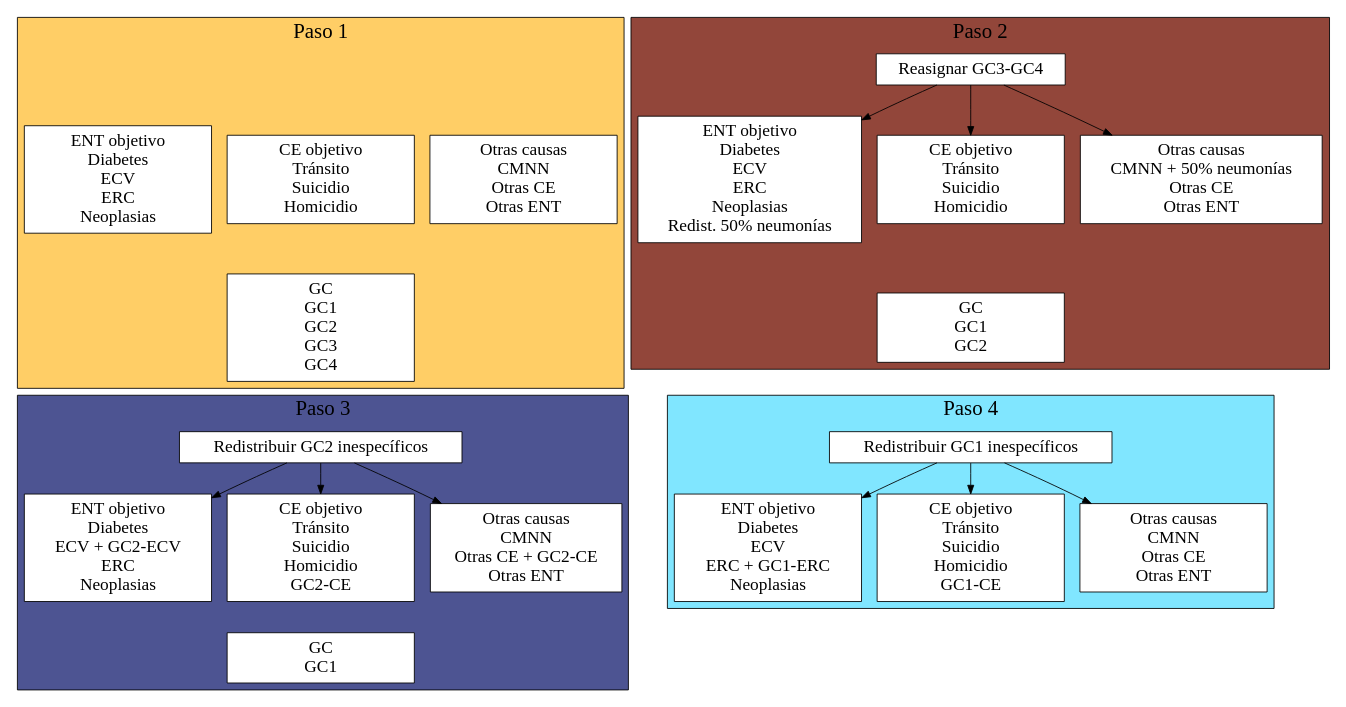
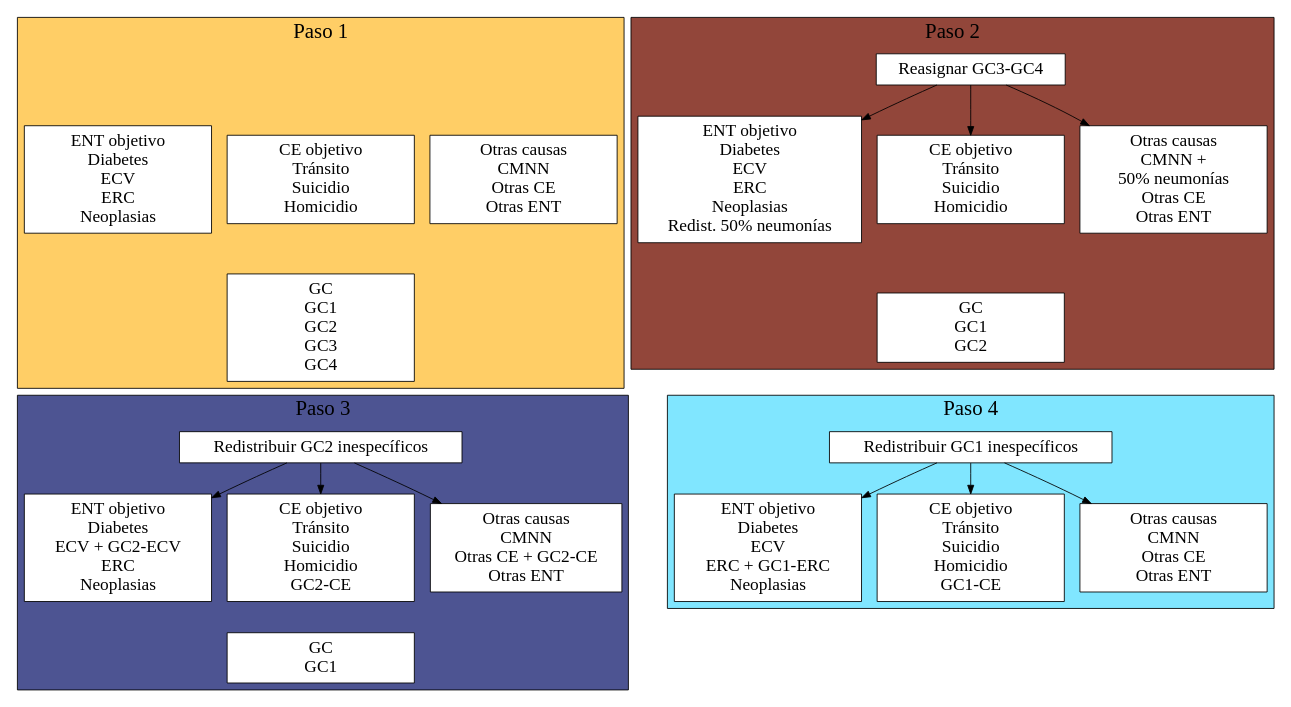
One commit to datos-ine/recod_GC changed the diagram in fig1.qmd. Above: the diagram before and after it, drawn with Graphviz. The commit also changed 2 other files, not shown here.

Commit message:
Update 27-05-2026

````diff
--- a/fig1.qmd
+++ b/fig1.qmd
@@ -7,71 +7,71 @@
 ```{dot}
 digraph G {
     graph[
         fontsize=24
         style = filled
         center=false
     ]
 
     node[
         shape = rectangle
         style = filled
         fillcolor = white
         fontsize=20
         width=3
         margin="0.1,0.1"
         ]
   subgraph cluster_1 {
     label = "Paso 1";
     fillcolor = "#FFCE66"
     ancla1 [style=invis, width=4.5]
     t1[style = invis]
     a1[label = "ENT objetivo\n Diabetes\n ECV\n ERC\n Neoplasias"]
     b1[label = "CE objetivo\n Tránsito\n Suicidio\n Homicidio"]
     c1[label = "Otras causas\n CMNN\n Otras CE\n Otras ENT"]
     d1[label = "GC\n GC1\n GC2\n GC3\n GC4"]
     
   }
 
   subgraph cluster_2 {
     label = "Paso 2";
     fillcolor = "#92463A"
     
     t2[label = "Reasignar GC3-GC4"]
     a2[label = "ENT objetivo\n Diabetes\n ECV\n ERC\n Neoplasias\n Redist. 50% neumonías"]
     b2[label = "CE objetivo\n Tránsito\n Suicidio\n Homicidio"]
-    c2[label = "Otras causas\n CMNN + 50% neumonías\n Otras CE\n Otras ENT"]
+    c2[label = "Otras causas\n CMNN + \n 50% neumonías\n Otras CE\n Otras ENT"]
     d2[label = "GC\n GC1\n GC2"]
     
     
   }
   
   subgraph cluster_3 {
     label = "Paso 3";
     fillcolor = "#4D5492"
     
     t3[label = "Redistribuir GC2 inespecíficos"]
     a3[label = "ENT objetivo\n Diabetes\n ECV + GC2-ECV\n ERC\n Neoplasias"]
     b3[label = "CE objetivo\n Tránsito\n Suicidio\n Homicidio\n GC2-CE"]
     c3[label = "Otras causas\n CMNN\n Otras CE + GC2-CE\n Otras ENT"]
     d3[label = "GC\n GC1"]
   }
   
   subgraph cluster_4 {
     label = "Paso 4";
     fillcolor = "#80E6FF"
     t4[label = "Redistribuir GC1 inespecíficos"]
     a4[label = "ENT objetivo\n Diabetes\n ECV\n ERC + GC1-ERC\n Neoplasias"]
     b4[label = "CE objetivo\n Tránsito\n Suicidio\n Homicidio\n GC1-CE"]
     c4[label = "Otras causas\n CMNN\n Otras CE\n Otras ENT"]
   }
 
   t1 -> {a1 b1 c1} -> d1[style = invis]
   {a2 b2 c2} -> d2[style = invis]
   t2 -> {a2 b2 c2}
   d1 -> t3[style = invis]
   d2 -> t4 [style = invis]
  {a3 b3 c3} -> d3[style = invis]
    t3 -> {a3 b3 c3} 
     t4 -> {a4 b4 c4}
 }
 ```
````
